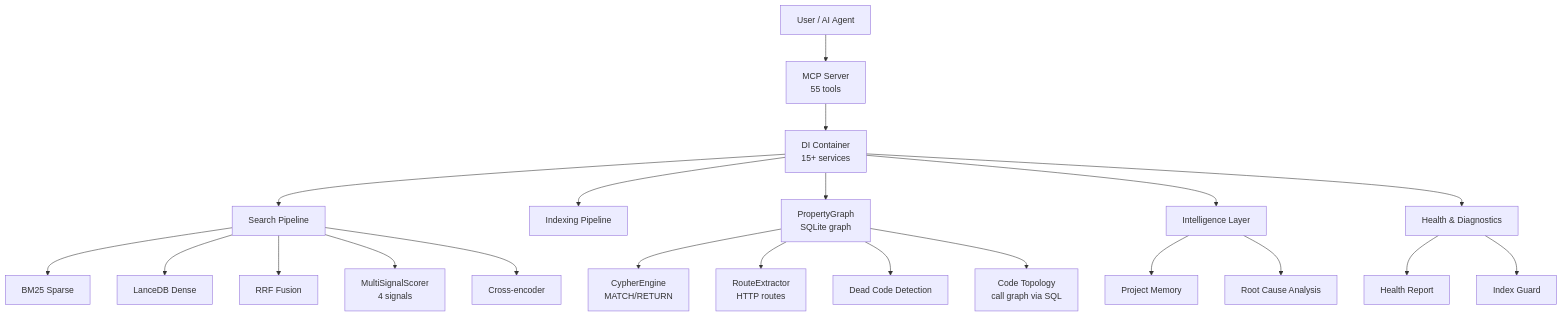
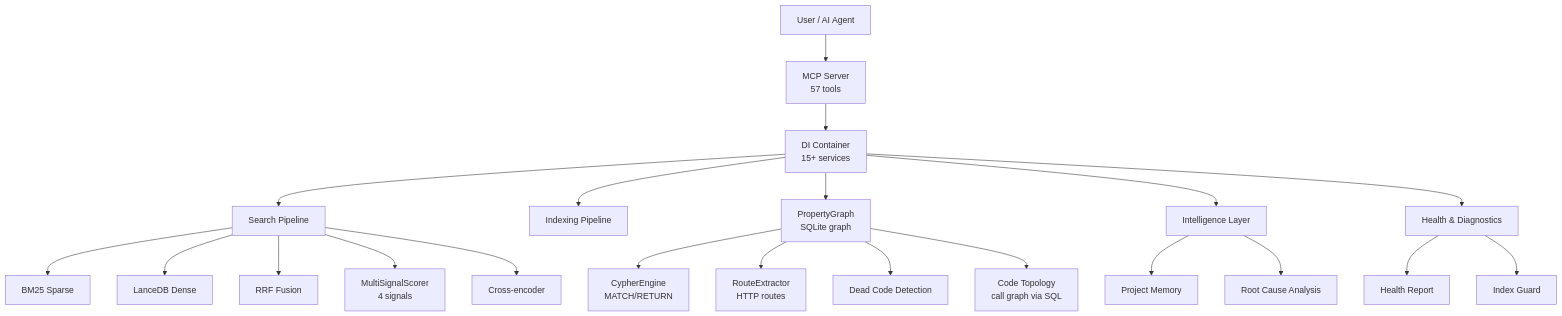
One commit to ManSio/mscodebase-intelligence changed the first of 8 diagrams in docs/zh/ARCHITECTURE_DEEP.md. Above: the diagram before and after it, drawn with Mermaid. The commit also changed other lines of this file and 58 other files, not shown here.

````diff
--- a/docs/zh/ARCHITECTURE_DEEP.md
+++ b/docs/zh/ARCHITECTURE_DEEP.md
@@ -7,27 +7,27 @@
 ```mermaid
 flowchart TD
-    User[User / AI Agent] --> MCP[MCP Server\n55 tools]
+    User[User / AI Agent] --> MCP[MCP Server\n57 tools]
     MCP --> DI[DI Container\n15+ services]
     DI --> Search[Search Pipeline]
     DI --> Index[Indexing Pipeline]
     DI --> Graph[PropertyGraph\nSQLite graph]
     DI --> Intel[Intelligence Layer]
     DI --> Health[Health & Diagnostics]
     
     Search --> BM25[BM25 Sparse]
     Search --> Dense[LanceDB Dense]
     Search --> RRF[RRF Fusion]
     Search --> MultiSig[MultiSignalScorer\n4 signals]
     Search --> Rerank[Cross-encoder]
     
     Graph --> Cypher[CypherEngine\nMATCH/RETURN]
     Graph --> Route[RouteExtractor\nHTTP routes]
     Graph --> Dead[Dead Code Detection]
     Graph --> Topology[Code Topology\ncall graph via SQL]
     
     Intel --> Memory[Project Memory]
     Intel --> RCA[Root Cause Analysis]
     
     Health --> Report[Health Report]
     Health --> Guard[Index Guard]
 ```
````
